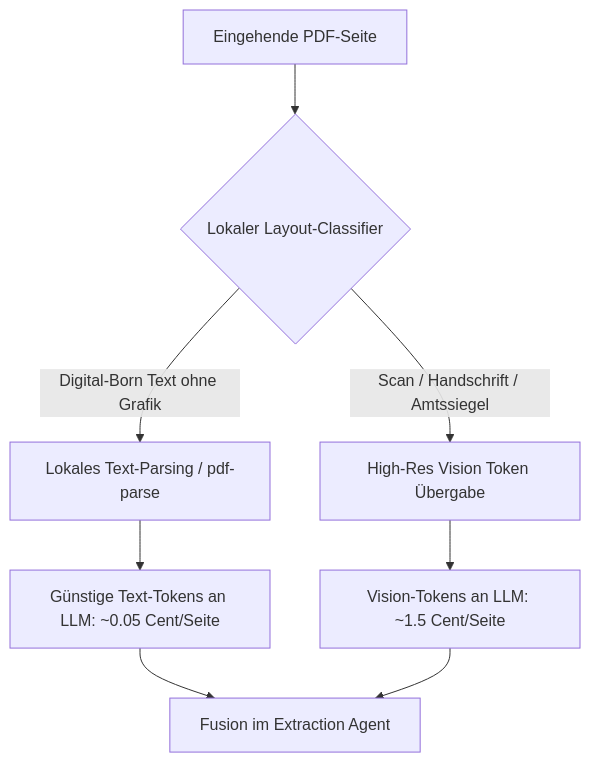
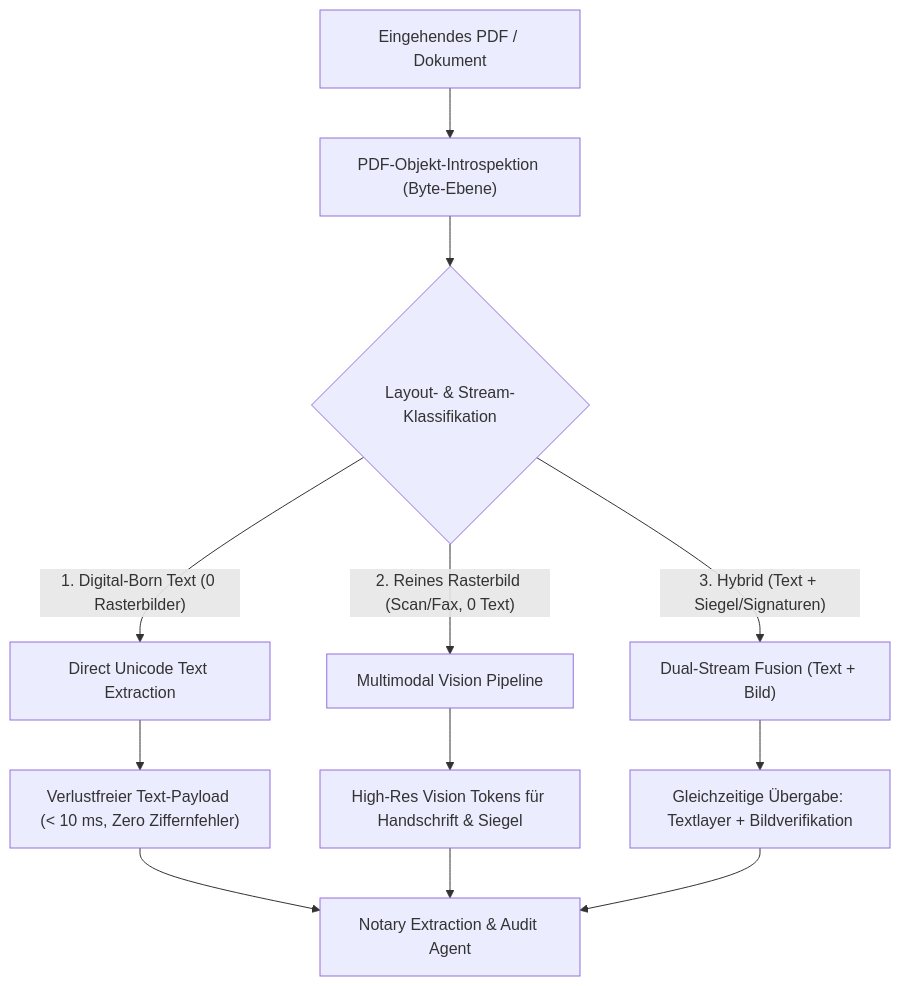
The fourth of 7 diagrams in ARCHITECTURE_ROADMAP.md (oguzbits/notar-agent), drawn with Mermaid before and after one commit. The commit also changed other lines of this file and 10 other files, not shown here.

Commit message:
feat: implement dual-stream PDF ingestion with unpdf text extraction and stream classification

````diff
--- a/ARCHITECTURE_ROADMAP.md
+++ b/ARCHITECTURE_ROADMAP.md
@@ -156,10 +161,12 @@
 ```mermaid
 graph TD
-    A["Eingehende PDF-Seite"] --> B{"Lokaler Layout-Classifier"}
-    B -->|"Digital-Born Text ohne Grafik"| C["Lokales Text-Parsing / pdf-parse"]
-    B -->|"Scan / Handschrift / Amtssiegel"| D["High-Res Vision Token Übergabe"]
-    C --> E["Günstige Text-Tokens an LLM: ~0.05 Cent/Seite"]
-    D --> F["Vision-Tokens an LLM: ~1.5 Cent/Seite"]
-    E --> G["Fusion im Extraction Agent"]
-    F --> G
+    A["Eingehendes PDF / Dokument"] --> B["PDF-Objekt-Introspektion (Byte-Ebene)"]
+    B --> C{"Layout- & Stream-Klassifikation"}
+    C -->|"1. Digital-Born Text (0 Rasterbilder)"| D["Direct Unicode Text Extraction"]
+    C -->|"2. Reines Rasterbild (Scan/Fax, 0 Text)"| E["Multimodal Vision Pipeline"]
+    C -->|"3. Hybrid (Text + Siegel/Signaturen)"| F["Dual-Stream Fusion (Text + Bild)"]
+    D --> G["Verlustfreier Text-Payload (< 10 ms, Zero Ziffernfehler)"]
+    E --> H["High-Res Vision Tokens für Handschrift & Siegel"]
+    F --> I["Gleichzeitige Übergabe: Textlayer + Bildverifikation"]
+    G & H & I --> J["Notary Extraction & Audit Agent"]
 ```
````
